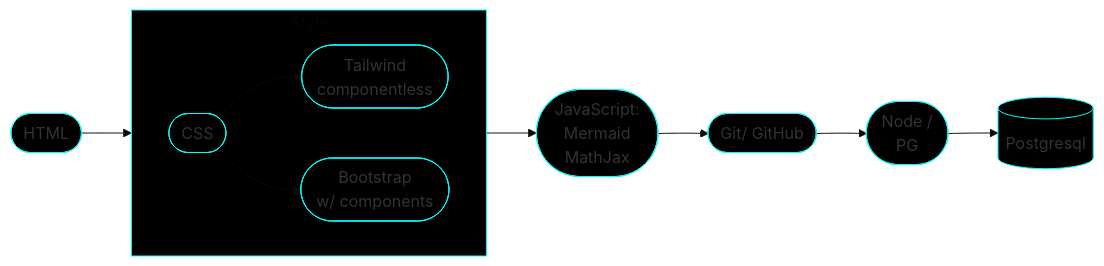
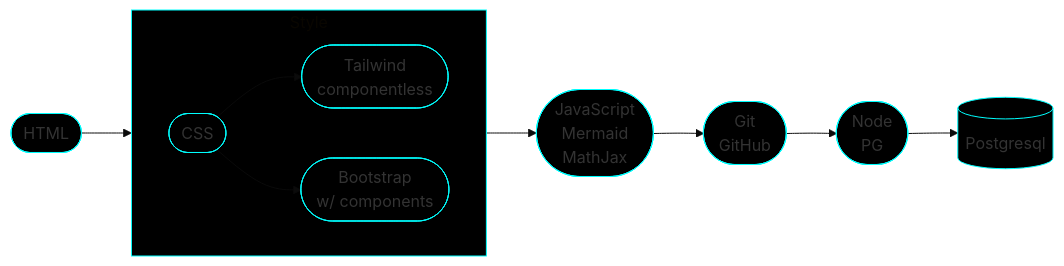
Before and after one commit to frankburgs/frankburgs: the diagram in readme.md, drawn with Mermaid (base theme).

Commit message:
Uniform block line breaks

````diff
--- a/readme.md
+++ b/readme.md
@@ -35,15 +35,15 @@
 ``` mermaid
       flowchart LR;
       html([HTML]) --> Style;
       subgraph Style;
         direction LR;
         CSS([CSS]) --> Tailwind([Tailwind<br/>componentless]);
         CSS --> Bootstrap([Bootstrap<br/>w/ components]);
       end;
-      Style --> js([JavaScript:<br/>Mermaid<br/>MathJax]);
-      js --> gh([Git/ GitHub]);
-      gh --> node([Node /<br/>PG]);
+      Style --> js([JavaScript<br/>Mermaid<br/>MathJax]);
+      js --> gh([Git<br/>GitHub]);
+      gh --> node([Node<br/>PG]);
       node --> sql[(Postgresql)];
       class html,js,gh,node,sql,Style,CSS,Tailwind,Bootstrap cssClass;
       classDef cssClass fill:black,stroke:aqua;
 ```
````
